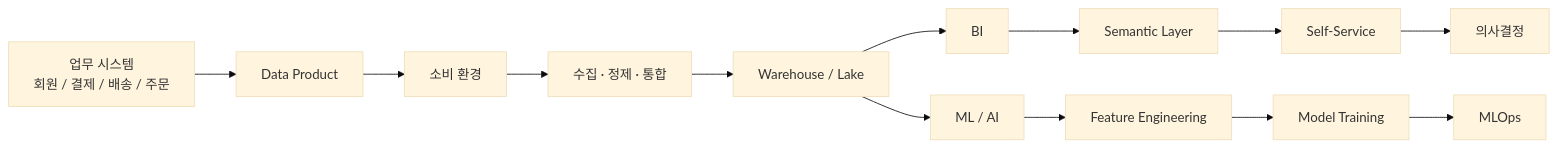
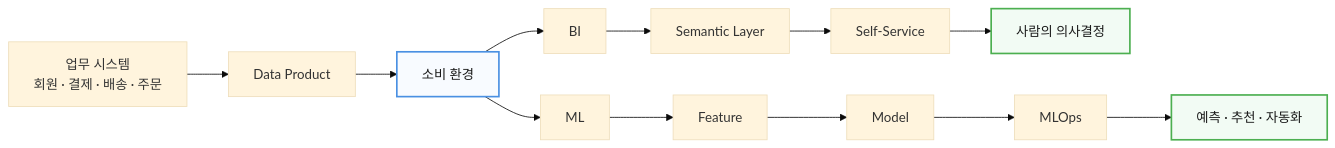
The seventh of 8 diagrams in 모던 데이터 아키텍처/20장. 머신러닝과 MLOps.md (i31pc17/bitbook), drawn with Mermaid (base theme) before and after one commit. The commit also changed other lines of this file and 1 other file, not shown here.

````diff
--- a/모던 데이터 아키텍처/20장. 머신러닝과 MLOps.md
+++ b/모던 데이터 아키텍처/20장. 머신러닝과 MLOps.md
@@ -763,13 +724,18 @@
 ```mermaid
 flowchart LR
-    sys["업무 시스템<br/>회원 / 결제 / 배송 / 주문"]
+    sys["업무 시스템<br/>회원 · 결제 · 배송 · 주문"]
     dp["Data Product"]
     dds["소비 환경"]
-    etl["수집 · 정제 · 통합"]
-    wh["Warehouse / Lake"]
-    sys --> dp --> dds --> etl --> wh
-    wh --> bi["BI"]
-    wh --> ml["ML / AI"]
-    bi --> sem["Semantic Layer"] --> ss["Self-Service"] --> dec["의사결정"]
-    ml --> fe["Feature Engineering"] --> mt["Model Training"] --> ops["MLOps"]
+
+    sys --> dp --> dds
+
+    dds --> bi["BI"]
+    dds --> ml["ML"]
+
+    bi --> sem["Semantic Layer"] --> ss["Self-Service"] --> dec["사람의 의사결정"]
+    ml --> fe["Feature"] --> mt["Model"] --> ops["MLOps"] --> auto["예측 · 추천 · 자동화"]
+
+    style dds fill:#f8fbff,stroke:#4a90e2,stroke-width:2px,color:#1a1a1a
+    style dec fill:#f2fbf4,stroke:#4caf50,stroke-width:2px,color:#1a1a1a
+    style auto fill:#f2fbf4,stroke:#4caf50,stroke-width:2px,color:#1a1a1a
 ```
````
